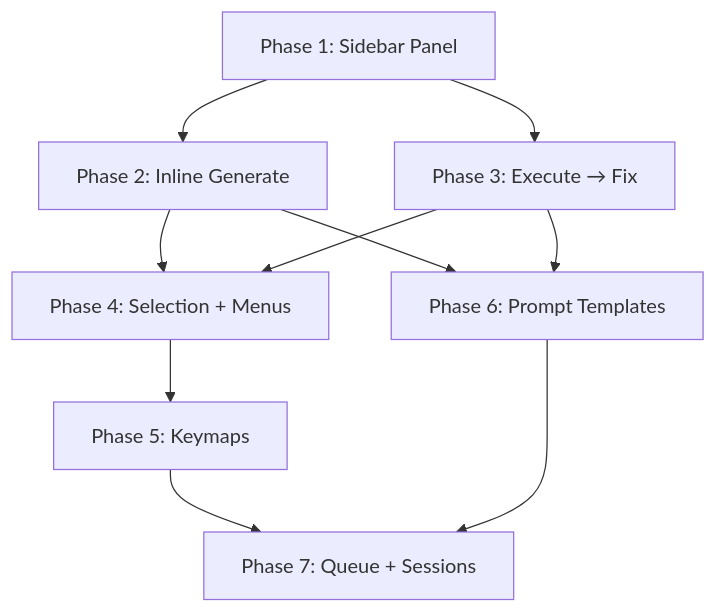
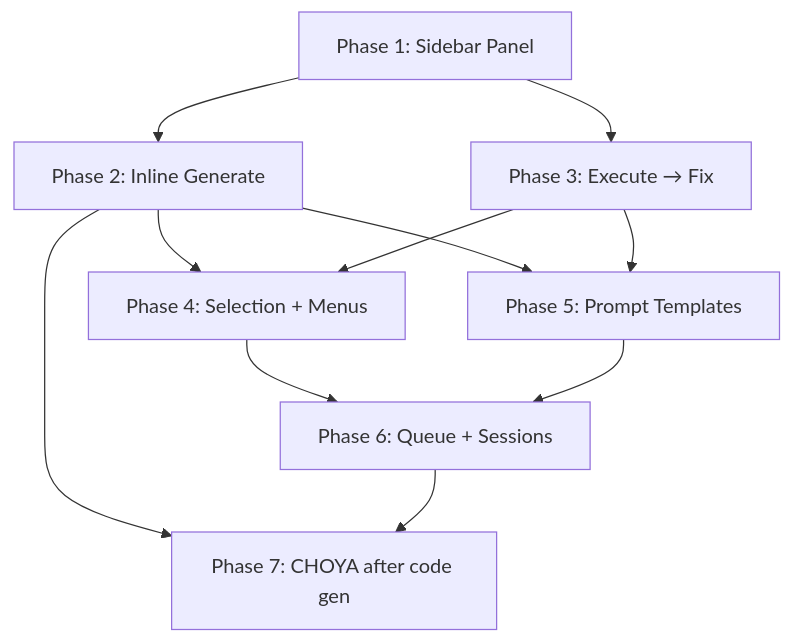
One commit to Draise14/bfa_coworker changed the diagram in _misc/plan_tier4c_text_editor_ide_agent.md. Above: the diagram before and after it, drawn with Mermaid. The commit also changed other lines of this file and 5 other files, not shown here.

````diff
--- a/_misc/plan_tier4c_text_editor_ide_agent.md
+++ b/_misc/plan_tier4c_text_editor_ide_agent.md
@@ -453,12 +458,13 @@
 ```mermaid
 graph TD
     P1[Phase 1: Sidebar Panel] --> P2[Phase 2: Inline Generate]
     P1 --> P3[Phase 3: Execute → Fix]
     P2 --> P4[Phase 4: Selection + Menus]
     P3 --> P4
-    P4 --> P5[Phase 5: Keymaps]
-    P2 --> P6[Phase 6: Prompt Templates]
-    P3 --> P6
-    P5 --> P7[Phase 7: Queue + Sessions]
+    P2 --> P5[Phase 5: Prompt Templates]
+    P3 --> P5
+    P4 --> P6[Phase 6: Queue + Sessions]
+    P5 --> P6
+    P2 --> P7[Phase 7: CHOYA after code gen]
     P6 --> P7
 ```
````
